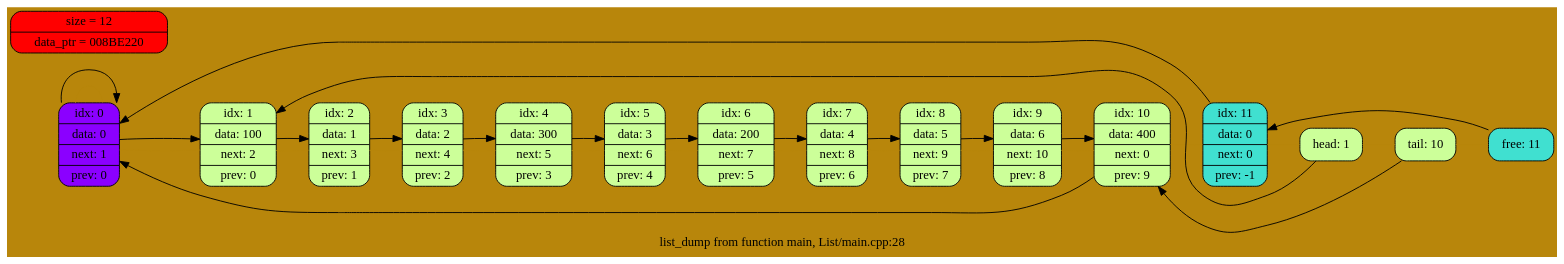
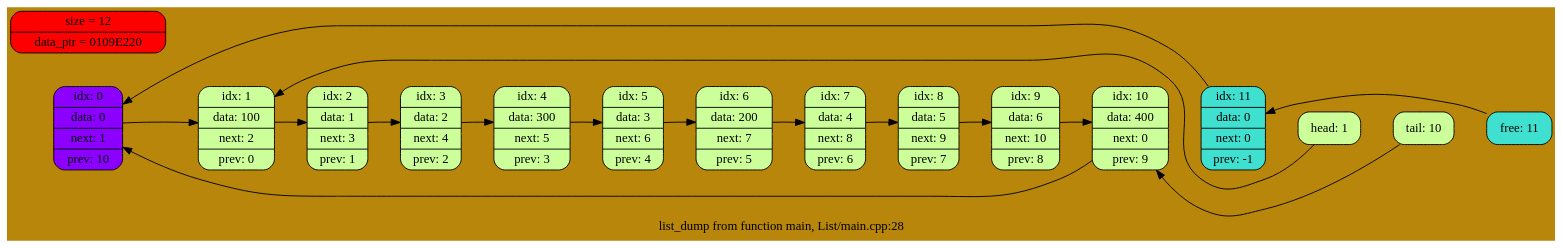
Before and after one commit to EntryFrager/Lists: the diagram in dump.dot, drawn with Graphviz. The commit also changed 5 other files, not shown here.

Commit message:
Wrote a text dump and graphic

```diff
--- a/dump.dot
+++ b/dump.dot
@@ -1,38 +1,37 @@
 digraph List {
 	rankdir = LR;
 	node [shape = record];
 	bgcolor = "#B8860B";
 	0 -> 0 -> 1 -> 2 -> 3 -> 4 -> 5 -> 6 -> 7 -> 8 -> 9 -> 10 -> 11 -> head -> tail -> free[arrowsize = 0.0, weight = 10000, color = "#B8860B"];
-	0 [shape = Mrecord, style = filled, fillcolor = "#8B00FF", label = "idx: 0 | data: 0 | next: 1 | prev: 0"];
+	0 [shape = Mrecord, style = filled, fillcolor = "#8B00FF", label = "idx: 0 | data: 0 | next: 1 | prev: 10"];
 	1 [shape = Mrecord, style = filled, fillcolor = "#ccff99", label = "idx: 1 | data: 100 | next: 2 | prev: 0"];
 	2 [shape = Mrecord, style = filled, fillcolor = "#ccff99", label = "idx: 2 | data: 1 | next: 3 | prev: 1"];
 	3 [shape = Mrecord, style = filled, fillcolor = "#ccff99", label = "idx: 3 | data: 2 | next: 4 | prev: 2"];
 	4 [shape = Mrecord, style = filled, fillcolor = "#ccff99", label = "idx: 4 | data: 300 | next: 5 | prev: 3"];
 	5 [shape = Mrecord, style = filled, fillcolor = "#ccff99", label = "idx: 5 | data: 3 | next: 6 | prev: 4"];
 	6 [shape = Mrecord, style = filled, fillcolor = "#ccff99", label = "idx: 6 | data: 200 | next: 7 | prev: 5"];
 	7 [shape = Mrecord, style = filled, fillcolor = "#ccff99", label = "idx: 7 | data: 4 | next: 8 | prev: 6"];
 	8 [shape = Mrecord, style = filled, fillcolor = "#ccff99", label = "idx: 8 | data: 5 | next: 9 | prev: 7"];
 	9 [shape = Mrecord, style = filled, fillcolor = "#ccff99", label = "idx: 9 | data: 6 | next: 10 | prev: 8"];
 	10 [shape = Mrecord, style = filled, fillcolor = "#ccff99", label = "idx: 10 | data: 400 | next: 0 | prev: 9"];
 	11 [shape = Mrecord, style = filled, fillcolor = "#40E0D0", label = "idx: 11 | data: 0 | next: 0 | prev: -1"];
 	head [shape = Mrecord, style = filled, fillcolor = "#ccff99", label = "head: 1"];
 	tail [shape = Mrecord, style = filled, fillcolor = "#ccff99", label = "tail: 10"];
 	free [shape = Mrecord, style = filled, fillcolor = "#40E0D0", label = "free: 11"];
-	0 -> 0
 	0 -> 1
 	1 -> 2
 	2 -> 3
 	3 -> 4
 	4 -> 5
 	5 -> 6
 	6 -> 7
 	7 -> 8
 	8 -> 9
 	9 -> 10
 	10 -> 0
 	11 -> 0
 	head -> 1
 	tail -> 10
 	free -> 11
 	label = "list_dump from function main, List/main.cpp:28";
-	All[shape = Mrecord, style = filled, fillcolor = "#ff0000", label = "size = 12 | data_ptr = 008BE220"];}
+	All[shape = Mrecord, style = filled, fillcolor = "#ff0000", label = "size = 12 | data_ptr = 0109E220"];}
```
